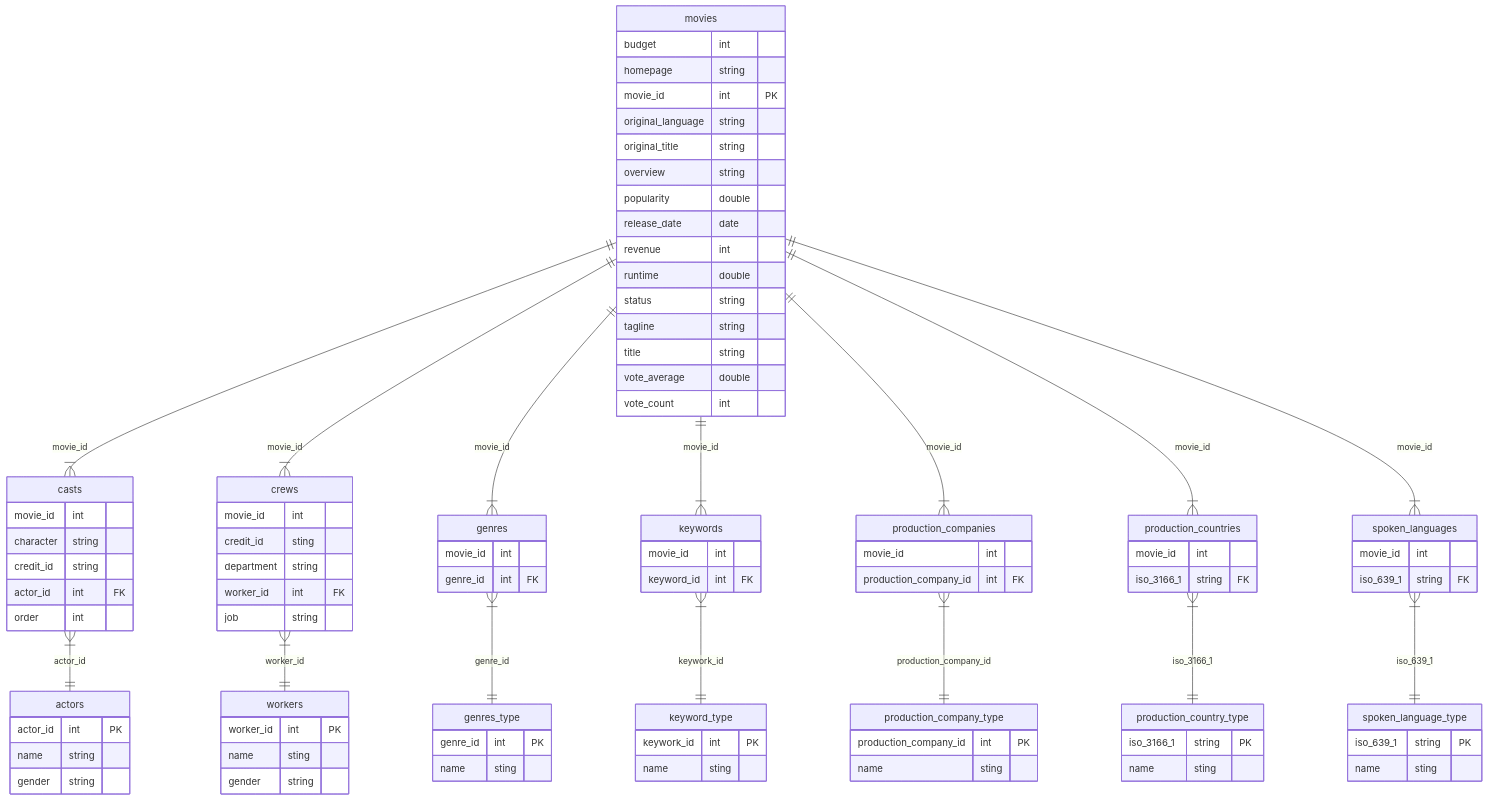
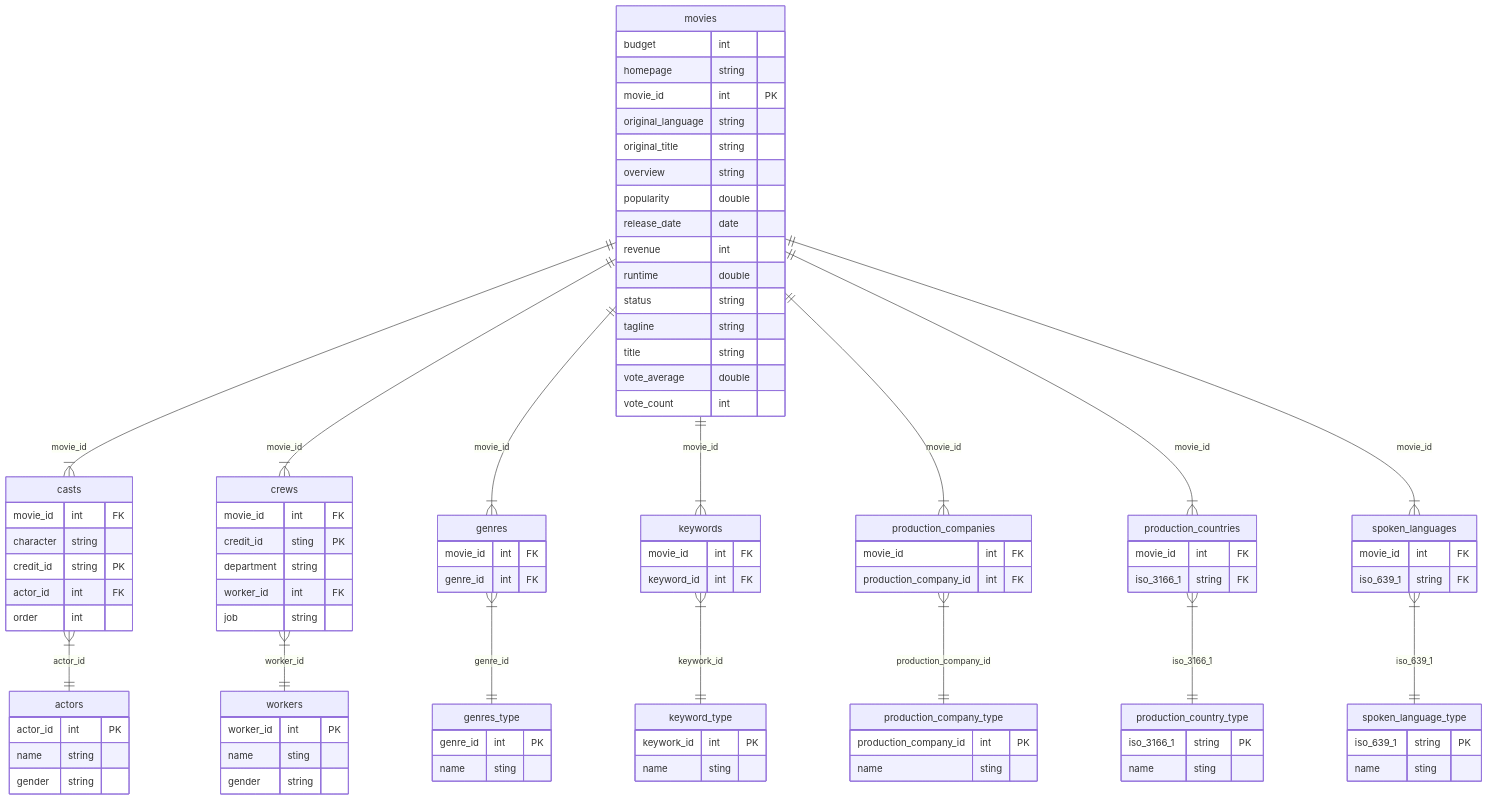
One commit to TWGraceChen/kaggle_dataset changed the diagram in imdb5000/ERmodel.md. Above: the diagram before and after it, drawn with Mermaid.

Commit message:
update ERmodel

```diff
--- a/imdb5000/ERmodel.md
+++ b/imdb5000/ERmodel.md
@@ -7,9 +7,9 @@
     }
 
     casts {
-        movie_id int
+        movie_id int FK
         character string
-        credit_id string
+        credit_id string PK
         actor_id int FK
         order int
     }
@@ -21,8 +21,8 @@
     }
 
     crews {
-        movie_id int
-        credit_id sting
+        movie_id int FK
+        credit_id sting PK
         department string
         worker_id int FK
         job string 
@@ -34,7 +34,7 @@
     }
 
     genres {
-        movie_id int
+        movie_id int FK
         genre_id int FK
     }
 
@@ -44,7 +44,7 @@
     }
 
     keywords {
-        movie_id int
+        movie_id int FK
         keyword_id int FK
     }
 
@@ -54,7 +54,7 @@
     }
 
     production_companies {
-        movie_id int
+        movie_id int FK
         production_company_id int FK
     }
 
@@ -64,7 +64,7 @@
     }
 
     production_countries {
-        movie_id int
+        movie_id int FK
         iso_3166_1 string FK
     }
     
@@ -74,7 +74,7 @@
     }
 
     spoken_languages {
-        movie_id int
+        movie_id int FK
         iso_639_1 string FK
     }
 
```
